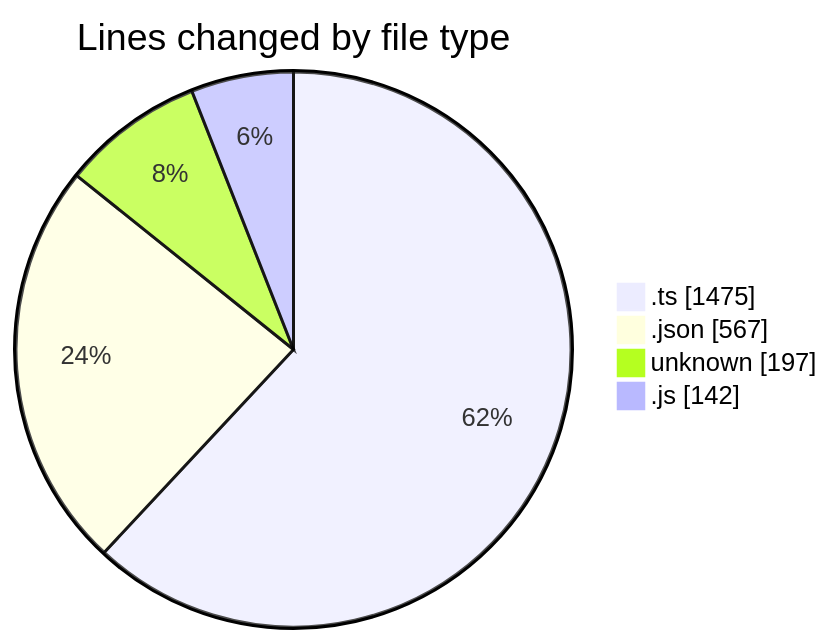
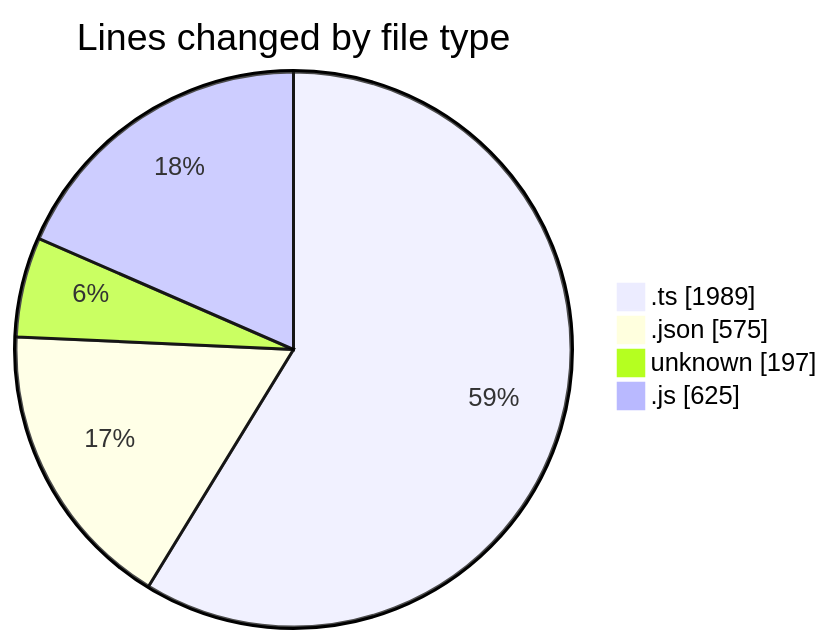
The first of 2 diagrams in 2025-08-24/chatgpt-extension/README.md (EIIisD/code-tracking), drawn with Mermaid before and after one commit. The commit also changed other lines of this file and 1 other file, not shown here.

````diff
--- a/2025-08-24/chatgpt-extension/README.md
+++ b/2025-08-24/chatgpt-extension/README.md
@@ -27,8 +30,8 @@
 ```mermaid
 pie showData
 title Lines changed by file type
-".ts" : 1475
-".json" : 567
+".ts" : 1989
+".json" : 575
 "unknown" : 197
-".js" : 142
+".js" : 625
 ```
````
